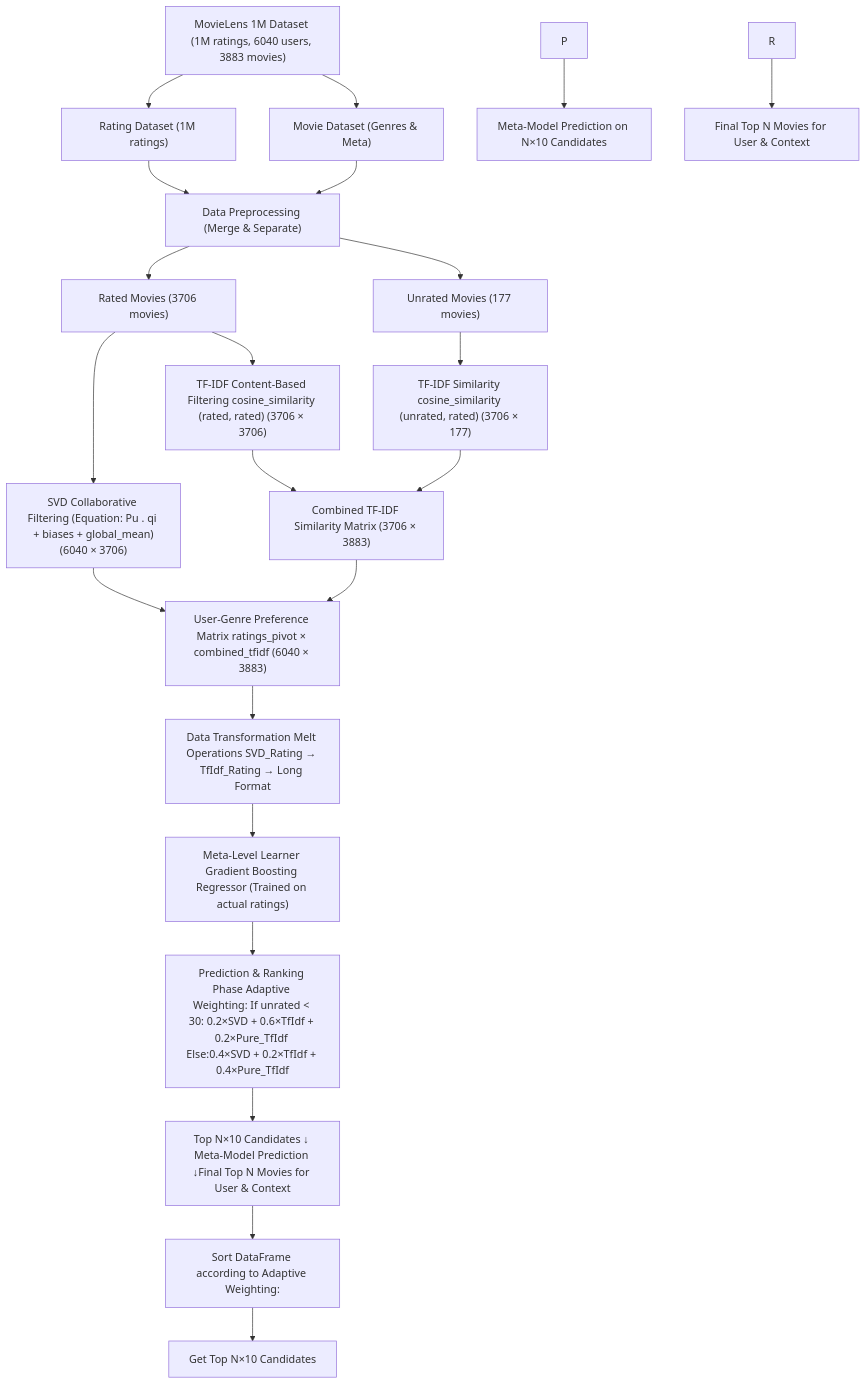
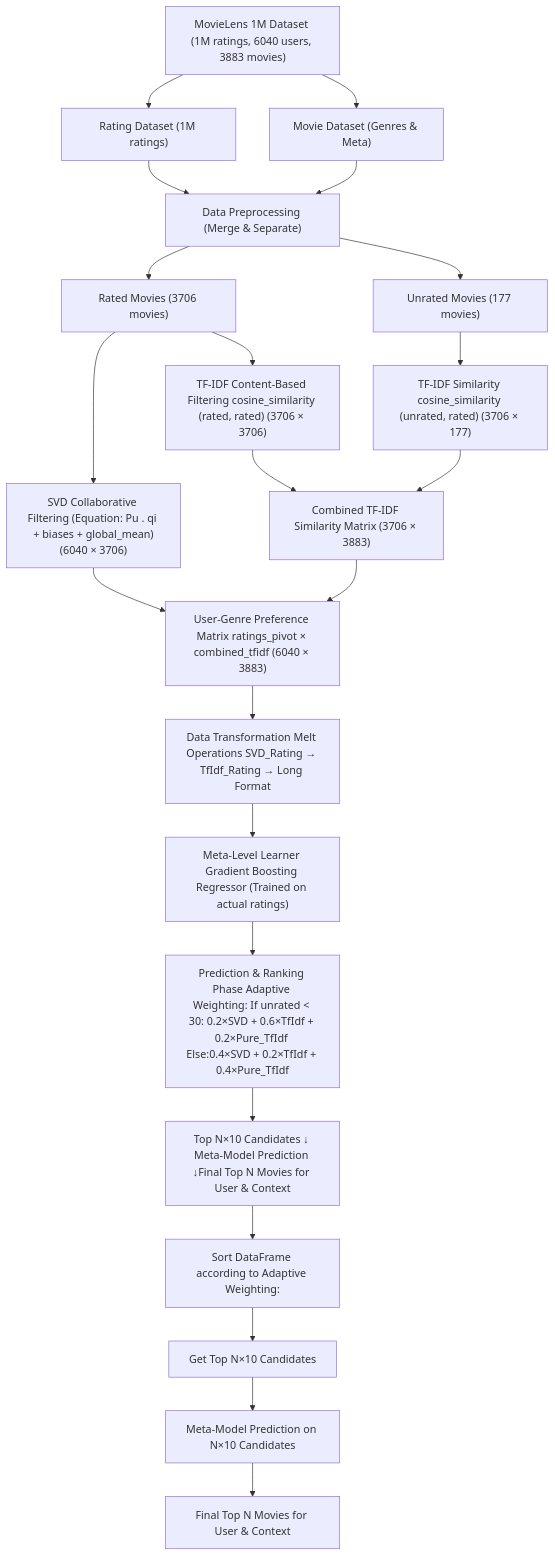
One commit to NiazMahmud2001/MetaLevel-HybridMovie-Recommender changed the diagram in README.md. Above: the diagram before and after it, drawn with Mermaid.

````diff
--- a/README.md
+++ b/README.md
@@ -83,27 +83,27 @@
 ```mermaid
 graph TD
     A["MovieLens 1M Dataset (1M ratings, 6040 users, 3883 movies)"]
     A --> B["Rating Dataset (1M ratings)"]
     A --> C["Movie Dataset (Genres & Meta)"]
     B --> D["Data Preprocessing (Merge & Separate)"]
     C --> D
     D --> E["Rated Movies (3706 movies)"]
     D --> F["Unrated Movies (177 movies)"]
 
     E --> G1["SVD Collaborative Filtering (Equation: Pu . qi + biases + global_mean)(6040 × 3706)"]
     E --> G2["TF-IDF Content-Based Filtering cosine_similarity (rated, rated) (3706 × 3706)"]
     F --> G3["TF-IDF Similarity cosine_similarity (unrated, rated) (3706 × 177)"]
 
     G2 --> H["Combined TF-IDF Similarity Matrix (3706 × 3883)"]
     G3 --> H
     G1 --> I
     H --> I["User-Genre Preference Matrix ratings_pivot × combined_tfidf (6040 × 3883)"]
     I --> J["Data Transformation Melt Operations SVD_Rating → TfIdf_Rating → Long Format"]
     J --> K["Meta-Level Learner Gradient Boosting Regressor (Trained on actual ratings)"]
     K --> L["Prediction & Ranking Phase Adaptive Weighting: If unrated < 30: 0.2×SVD + 0.6×TfIdf + 0.2×Pure_TfIdf Else:0.4×SVD + 0.2×TfIdf + 0.4×Pure_TfIdf"]
     L --> M["Top N×10 Candidates ↓ Meta-Model Prediction ↓Final Top N Movies for User & Context"]
     M --> N["Sort DataFrame according to Adaptive Weighting: "]
     N --> O["Get Top N×10 Candidates"]
-    P --> Q["Meta-Model Prediction on N×10 Candidates"]
-    R --> S["Final Top N Movies for User & Context"]
+    O --> P["Meta-Model Prediction on N×10 Candidates"]
+    P --> Q["Final Top N Movies for User & Context"]
 ```
````
